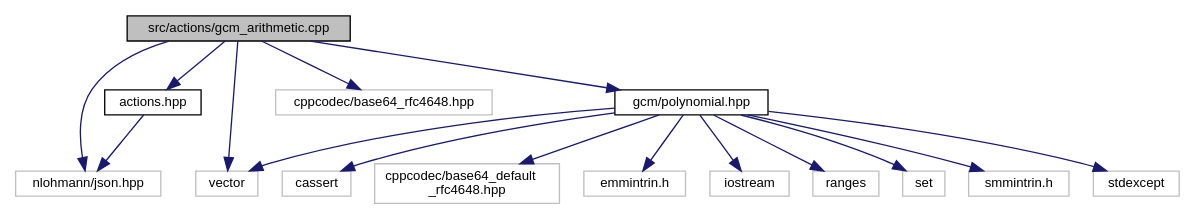
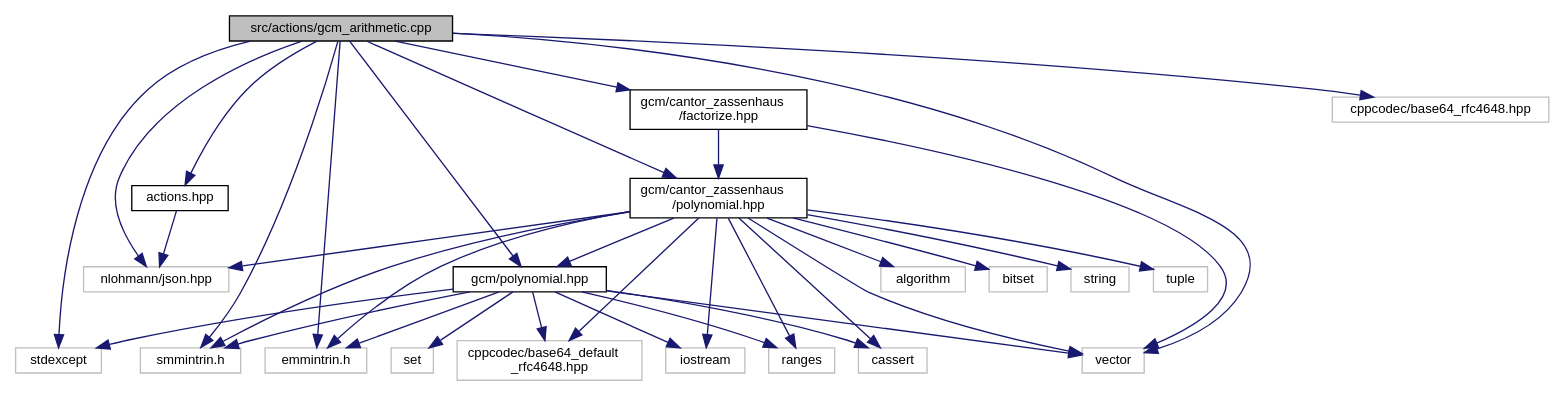
One commit to frereit/KauMA changed the diagram in gcm__arithmetic_8cpp__incl.dot. Above: the diagram before and after it, drawn with Graphviz. The commit also changed 98 other files, not shown here.

```diff
--- a/gcm__arithmetic_8cpp__incl.dot
+++ b/gcm__arithmetic_8cpp__incl.dot
@@ -1,35 +1,61 @@
 digraph "src/actions/gcm_arithmetic.cpp"
 {
  // LATEX_PDF_SIZE
   edge [fontname="Helvetica",fontsize="10",labelfontname="Helvetica",labelfontsize="10"];
   node [fontname="Helvetica",fontsize="10",shape=record];
   Node1 [label="src/actions/gcm_arithmetic.cpp",height=0.2,width=0.4,color="black", fillcolor="grey75", style="filled", fontcolor="black",tooltip=" "];
   Node1 -> Node2 [color="midnightblue",fontsize="10",style="solid",fontname="Helvetica"];
-  Node2 [label="nlohmann/json.hpp",height=0.2,width=0.4,color="grey75", fillcolor="white", style="filled",tooltip=" "];
+  Node2 [label="emmintrin.h",height=0.2,width=0.4,color="grey75", fillcolor="white", style="filled",tooltip=" "];
   Node1 -> Node3 [color="midnightblue",fontsize="10",style="solid",fontname="Helvetica"];
-  Node3 [label="vector",height=0.2,width=0.4,color="grey75", fillcolor="white", style="filled",tooltip=" "];
+  Node3 [label="nlohmann/json.hpp",height=0.2,width=0.4,color="grey75", fillcolor="white", style="filled",tooltip=" "];
   Node1 -> Node4 [color="midnightblue",fontsize="10",style="solid",fontname="Helvetica"];
-  Node4 [label="actions.hpp",height=0.2,width=0.4,color="black", fillcolor="white", style="filled",URL="$actions_8hpp.html",tooltip=" "];
-  Node4 -> Node2 [color="midnightblue",fontsize="10",style="solid",fontname="Helvetica"];
+  Node4 [label="smmintrin.h",height=0.2,width=0.4,color="grey75", fillcolor="white", style="filled",tooltip=" "];
   Node1 -> Node5 [color="midnightblue",fontsize="10",style="solid",fontname="Helvetica"];
-  Node5 [label="cppcodec/base64_rfc4648.hpp",height=0.2,width=0.4,color="grey75", fillcolor="white", style="filled",tooltip=" "];
+  Node5 [label="stdexcept",height=0.2,width=0.4,color="grey75", fillcolor="white", style="filled",tooltip=" "];
   Node1 -> Node6 [color="midnightblue",fontsize="10",style="solid",fontname="Helvetica"];
-  Node6 [label="gcm/polynomial.hpp",height=0.2,width=0.4,color="black", fillcolor="white", style="filled",URL="$polynomial_8hpp.html",tooltip=" "];
-  Node6 -> Node7 [color="midnightblue",fontsize="10",style="solid",fontname="Helvetica"];
-  Node7 [label="cassert",height=0.2,width=0.4,color="grey75", fillcolor="white", style="filled",tooltip=" "];
-  Node6 -> Node8 [color="midnightblue",fontsize="10",style="solid",fontname="Helvetica"];
-  Node8 [label="cppcodec/base64_default\l_rfc4648.hpp",height=0.2,width=0.4,color="grey75", fillcolor="white", style="filled",tooltip=" "];
-  Node6 -> Node9 [color="midnightblue",fontsize="10",style="solid",fontname="Helvetica"];
-  Node9 [label="emmintrin.h",height=0.2,width=0.4,color="grey75", fillcolor="white", style="filled",tooltip=" "];
-  Node6 -> Node10 [color="midnightblue",fontsize="10",style="solid",fontname="Helvetica"];
-  Node10 [label="iostream",height=0.2,width=0.4,color="grey75", fillcolor="white", style="filled",tooltip=" "];
-  Node6 -> Node11 [color="midnightblue",fontsize="10",style="solid",fontname="Helvetica"];
-  Node11 [label="ranges",height=0.2,width=0.4,color="grey75", fillcolor="white", style="filled",tooltip=" "];
-  Node6 -> Node12 [color="midnightblue",fontsize="10",style="solid",fontname="Helvetica"];
-  Node12 [label="set",height=0.2,width=0.4,color="grey75", fillcolor="white", style="filled",tooltip=" "];
-  Node6 -> Node13 [color="midnightblue",fontsize="10",style="solid",fontname="Helvetica"];
-  Node13 [label="smmintrin.h",height=0.2,width=0.4,color="grey75", fillcolor="white", style="filled",tooltip=" "];
-  Node6 -> Node14 [color="midnightblue",fontsize="10",style="solid",fontname="Helvetica"];
-  Node14 [label="stdexcept",height=0.2,width=0.4,color="grey75", fillcolor="white", style="filled",tooltip=" "];
-  Node6 -> Node3 [color="midnightblue",fontsize="10",style="solid",fontname="Helvetica"];
+  Node6 [label="vector",height=0.2,width=0.4,color="grey75", fillcolor="white", style="filled",tooltip=" "];
+  Node1 -> Node7 [color="midnightblue",fontsize="10",style="solid",fontname="Helvetica"];
+  Node7 [label="actions.hpp",height=0.2,width=0.4,color="black", fillcolor="white", style="filled",URL="$actions_8hpp.html",tooltip=" "];
+  Node7 -> Node3 [color="midnightblue",fontsize="10",style="solid",fontname="Helvetica"];
+  Node1 -> Node8 [color="midnightblue",fontsize="10",style="solid",fontname="Helvetica"];
+  Node8 [label="cppcodec/base64_rfc4648.hpp",height=0.2,width=0.4,color="grey75", fillcolor="white", style="filled",tooltip=" "];
+  Node1 -> Node9 [color="midnightblue",fontsize="10",style="solid",fontname="Helvetica"];
+  Node9 [label="gcm/cantor_zassenhaus\l/factorize.hpp",height=0.2,width=0.4,color="black", fillcolor="white", style="filled",URL="$factorize_8hpp.html",tooltip=" "];
+  Node9 -> Node6 [color="midnightblue",fontsize="10",style="solid",fontname="Helvetica"];
+  Node9 -> Node10 [color="midnightblue",fontsize="10",style="solid",fontname="Helvetica"];
+  Node10 [label="gcm/cantor_zassenhaus\l/polynomial.hpp",height=0.2,width=0.4,color="black", fillcolor="white", style="filled",URL="$cantor__zassenhaus_2polynomial_8hpp.html",tooltip=" "];
+  Node10 -> Node11 [color="midnightblue",fontsize="10",style="solid",fontname="Helvetica"];
+  Node11 [label="algorithm",height=0.2,width=0.4,color="grey75", fillcolor="white", style="filled",tooltip=" "];
+  Node10 -> Node12 [color="midnightblue",fontsize="10",style="solid",fontname="Helvetica"];
+  Node12 [label="bitset",height=0.2,width=0.4,color="grey75", fillcolor="white", style="filled",tooltip=" "];
+  Node10 -> Node13 [color="midnightblue",fontsize="10",style="solid",fontname="Helvetica"];
+  Node13 [label="cassert",height=0.2,width=0.4,color="grey75", fillcolor="white", style="filled",tooltip=" "];
+  Node10 -> Node14 [color="midnightblue",fontsize="10",style="solid",fontname="Helvetica"];
+  Node14 [label="cppcodec/base64_default\l_rfc4648.hpp",height=0.2,width=0.4,color="grey75", fillcolor="white", style="filled",tooltip=" "];
+  Node10 -> Node2 [color="midnightblue",fontsize="10",style="solid",fontname="Helvetica"];
+  Node10 -> Node15 [color="midnightblue",fontsize="10",style="solid",fontname="Helvetica"];
+  Node15 [label="iostream",height=0.2,width=0.4,color="grey75", fillcolor="white", style="filled",tooltip=" "];
+  Node10 -> Node3 [color="midnightblue",fontsize="10",style="solid",fontname="Helvetica"];
+  Node10 -> Node16 [color="midnightblue",fontsize="10",style="solid",fontname="Helvetica"];
+  Node16 [label="ranges",height=0.2,width=0.4,color="grey75", fillcolor="white", style="filled",tooltip=" "];
+  Node10 -> Node4 [color="midnightblue",fontsize="10",style="solid",fontname="Helvetica"];
+  Node10 -> Node17 [color="midnightblue",fontsize="10",style="solid",fontname="Helvetica"];
+  Node17 [label="string",height=0.2,width=0.4,color="grey75", fillcolor="white", style="filled",tooltip=" "];
+  Node10 -> Node18 [color="midnightblue",fontsize="10",style="solid",fontname="Helvetica"];
+  Node18 [label="tuple",height=0.2,width=0.4,color="grey75", fillcolor="white", style="filled",tooltip=" "];
+  Node10 -> Node6 [color="midnightblue",fontsize="10",style="solid",fontname="Helvetica"];
+  Node10 -> Node19 [color="midnightblue",fontsize="10",style="solid",fontname="Helvetica"];
+  Node19 [label="gcm/polynomial.hpp",height=0.2,width=0.4,color="black", fillcolor="white", style="filled",URL="$polynomial_8hpp.html",tooltip=" "];
+  Node19 -> Node13 [color="midnightblue",fontsize="10",style="solid",fontname="Helvetica"];
+  Node19 -> Node14 [color="midnightblue",fontsize="10",style="solid",fontname="Helvetica"];
+  Node19 -> Node2 [color="midnightblue",fontsize="10",style="solid",fontname="Helvetica"];
+  Node19 -> Node15 [color="midnightblue",fontsize="10",style="solid",fontname="Helvetica"];
+  Node19 -> Node16 [color="midnightblue",fontsize="10",style="solid",fontname="Helvetica"];
+  Node19 -> Node20 [color="midnightblue",fontsize="10",style="solid",fontname="Helvetica"];
+  Node20 [label="set",height=0.2,width=0.4,color="grey75", fillcolor="white", style="filled",tooltip=" "];
+  Node19 -> Node4 [color="midnightblue",fontsize="10",style="solid",fontname="Helvetica"];
+  Node19 -> Node5 [color="midnightblue",fontsize="10",style="solid",fontname="Helvetica"];
+  Node19 -> Node6 [color="midnightblue",fontsize="10",style="solid",fontname="Helvetica"];
+  Node1 -> Node10 [color="midnightblue",fontsize="10",style="solid",fontname="Helvetica"];
+  Node1 -> Node19 [color="midnightblue",fontsize="10",style="solid",fontname="Helvetica"];
 }
```
